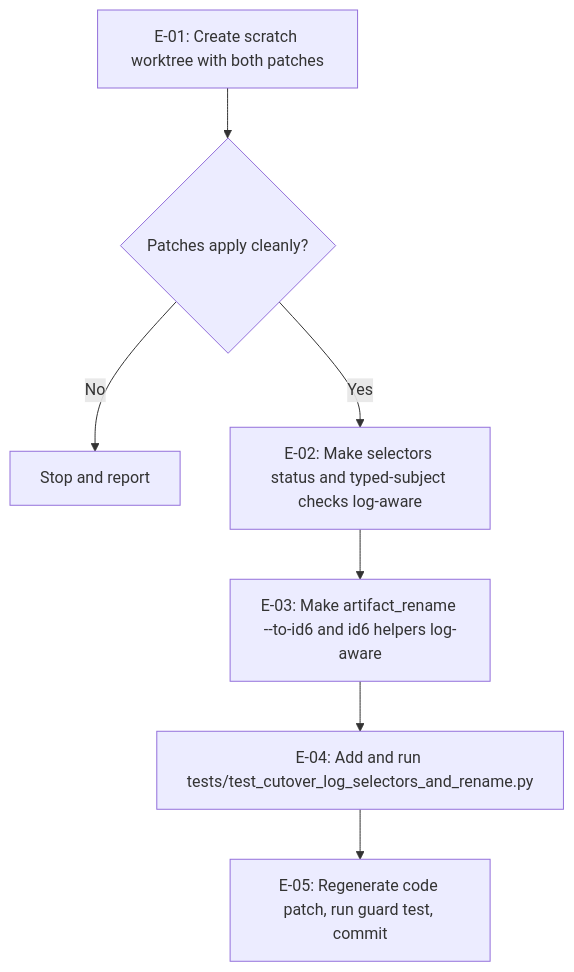
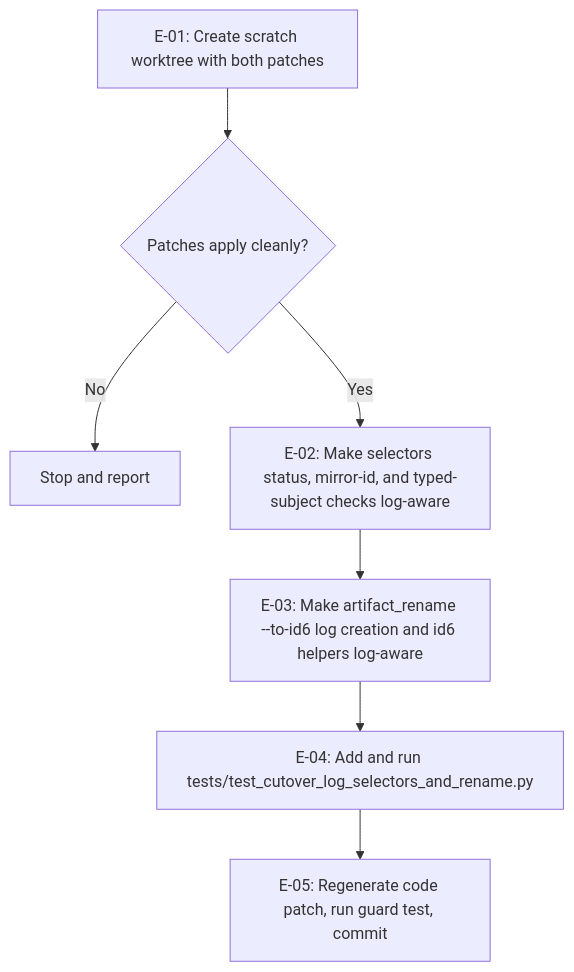
Before and after one commit to fariello/agent-workflows: the diagram in .aw/records/plans/pending/20261126-metastore-319-j1f454-make-selectors-status-matching-typed-subject-ownership-and-a.ipd.md, drawn with Mermaid. The commit also changed other lines of this file and 1 other file, not shown here.

````diff
--- a/.aw/records/plans/pending/20261126-metastore-319-j1f454-make-selectors-status-matching-typed-subject-ownership-and-a.ipd.md
+++ b/.aw/records/plans/pending/20261126-metastore-319-j1f454-make-selectors-status-matching-typed-subject-ownership-and-a.ipd.md
@@ -98,9 +106,9 @@
 ```mermaid
 flowchart TD
     E01["E-01: Create scratch worktree with both patches"] --> P{Patches apply cleanly?}
     P -->|No| STOP["Stop and report"]
-    P -->|Yes| E02["E-02: Make selectors status and typed-subject checks log-aware"]
-    E02 --> E03["E-03: Make artifact_rename --to-id6 and id6 helpers log-aware"]
+    P -->|Yes| E02["E-02: Make selectors status, mirror-id, and typed-subject checks log-aware"]
+    E02 --> E03["E-03: Make artifact_rename --to-id6 log creation and id6 helpers log-aware"]
     E03 --> E04["E-04: Add and run tests/test_cutover_log_selectors_and_rename.py"]
     E04 --> E05["E-05: Regenerate code patch, run guard test, commit"]
 ```
````
